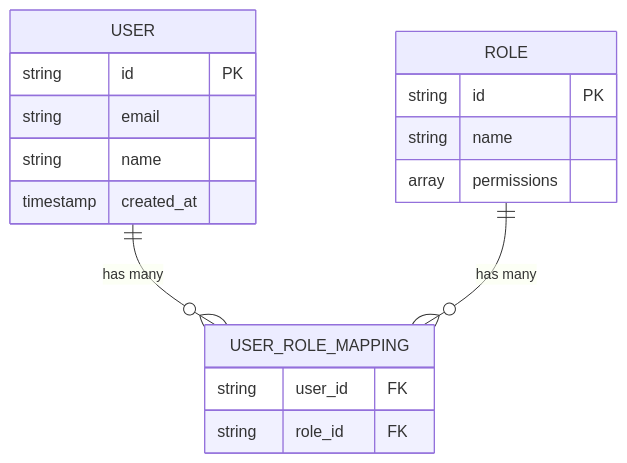
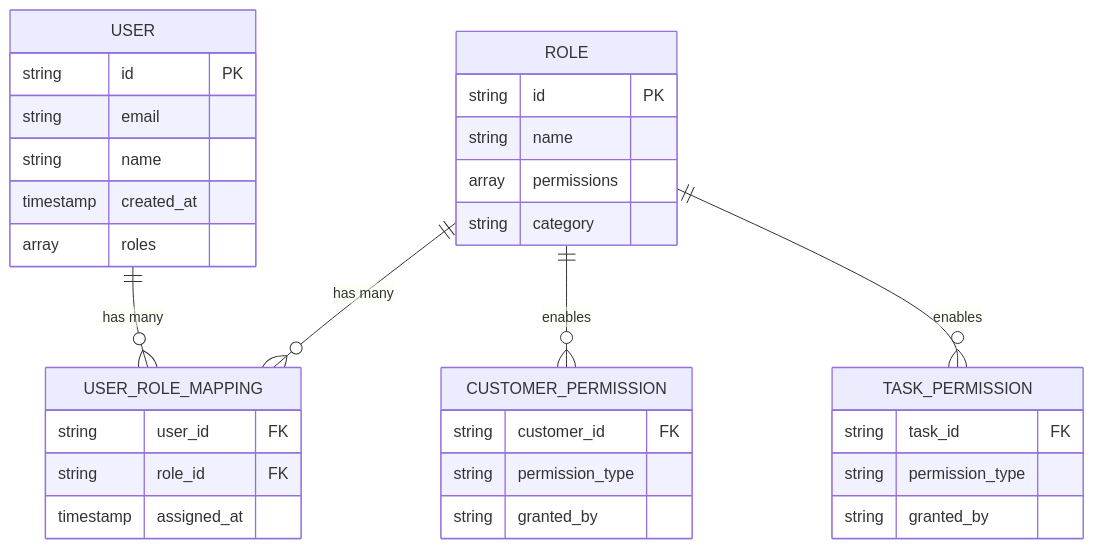
One commit to ngothanhtung/claude-code-shadcn-dashboard changed the third of 8 diagrams in .qoder/repowiki/en/content/Authentication & Authorization/Role-Based Access Control/Role-Based Access Control.md. Above: the diagram before and after it, drawn with Mermaid. The commit also changed other lines of this file and 165 other files, not shown here.

````diff
--- a/.qoder/repowiki/en/content/Authentication & Authorization/Role-Based Access Control/Role-Based Access Control.md
+++ b/.qoder/repowiki/en/content/Authentication & Authorization/Role-Based Access Control/Role-Based Access Control.md
@@ -230,20 +303,35 @@
 ```mermaid
 erDiagram
 USER {
 string id PK
 string email
 string name
 timestamp created_at
+array roles
 }
 ROLE {
 string id PK
 string name
 array permissions
+string category
 }
 USER_ROLE_MAPPING {
 string user_id FK
 string role_id FK
+timestamp assigned_at
+}
+CUSTOMER_PERMISSION {
+string customer_id FK
+string permission_type
+string granted_by
+}
+TASK_PERMISSION {
+string task_id FK
+string permission_type
+string granted_by
 }
 USER ||--o{ USER_ROLE_MAPPING : "has many"
 ROLE ||--o{ USER_ROLE_MAPPING : "has many"
+ROLE ||--o{ CUSTOMER_PERMISSION : "enables"
+ROLE ||--o{ TASK_PERMISSION : "enables"
 ```
````
